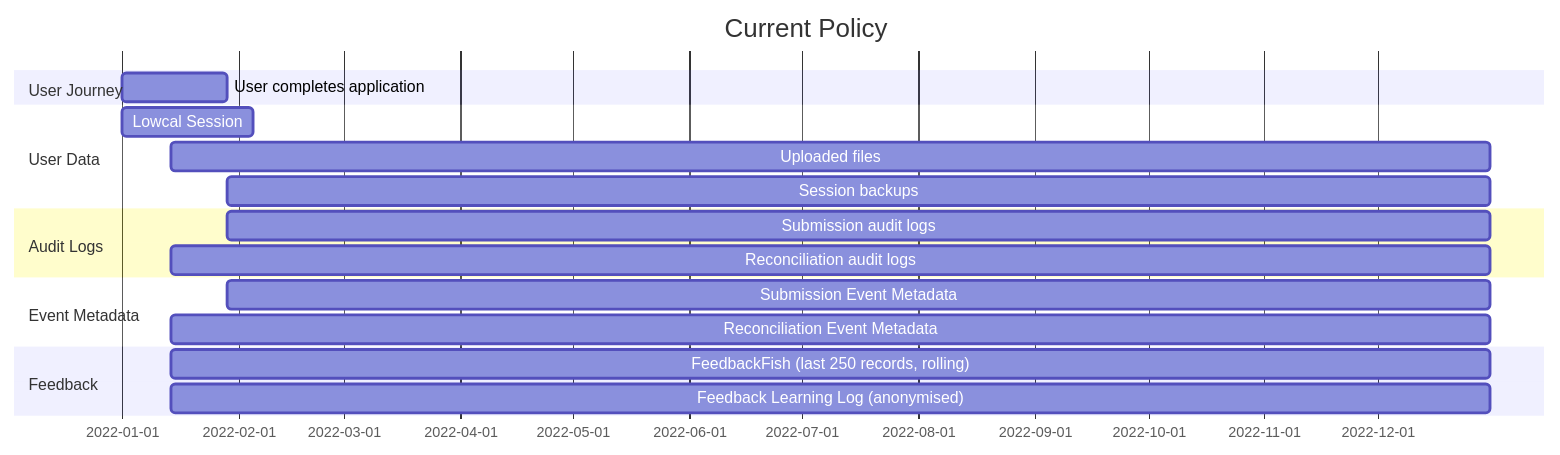
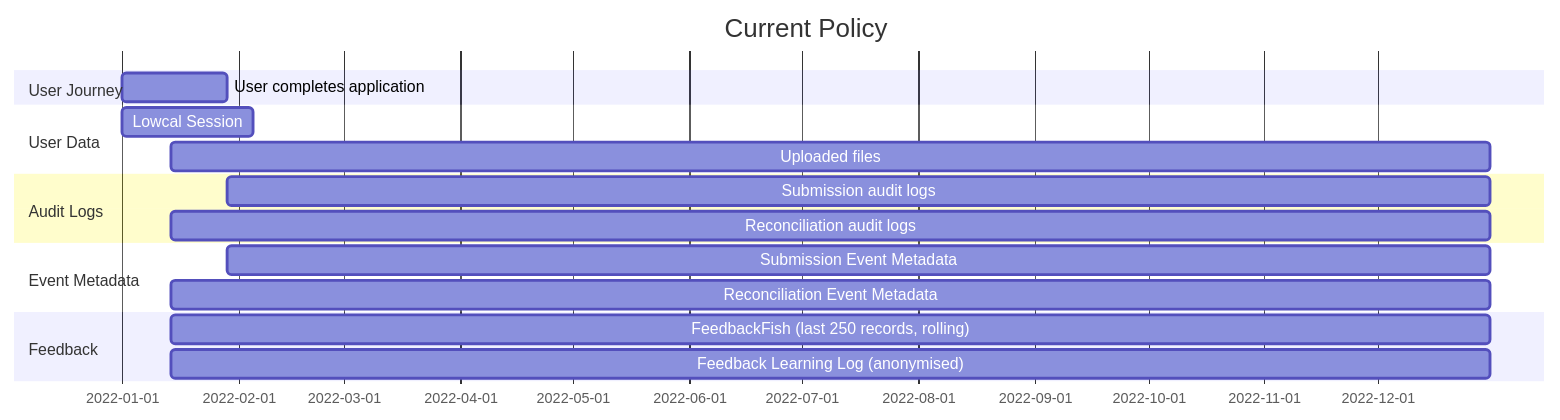
Before and after one commit to theopensystemslab/planx-new: the first of 2 diagrams in doc/architecture/decisions/0005-data-retention-policy.md, drawn with Mermaid. The commit also changed other lines of this file, not shown here.

Commit message:
Remove references to session backup in retention policy

````diff
--- a/doc/architecture/decisions/0005-data-retention-policy.md
+++ b/doc/architecture/decisions/0005-data-retention-policy.md
@@ -22,25 +22,24 @@
 ```mermaid
 gantt
     title Current Policy
     dateFormat  YYYY-MM-DD
 
     section User Journey
     User completes application: uj1, 2022-01-01, 28d
 
     section User Data
     Lowcal Session: 2022-01-01, 35d
     Uploaded files: 2022-01-14, 2022-12-31
-    Session backups: after uj1, 2022-12-31
 
     section Audit Logs
     Submission audit logs: after uj1, 2022-12-31
     Reconciliation audit logs: 2022-01-14, 2022-12-31
 
     section Event Metadata
     Submission Event Metadata: after uj1, 2022-12-31
     Reconciliation Event Metadata: 2022-01-14, 2022-12-31
     
     section Feedback
     FeedbackFish (last 250 records, rolling): 2022-01-14, 2022-12-31
     Feedback Learning Log (anonymised): 2022-01-14, 2022-12-31
 ```
````
